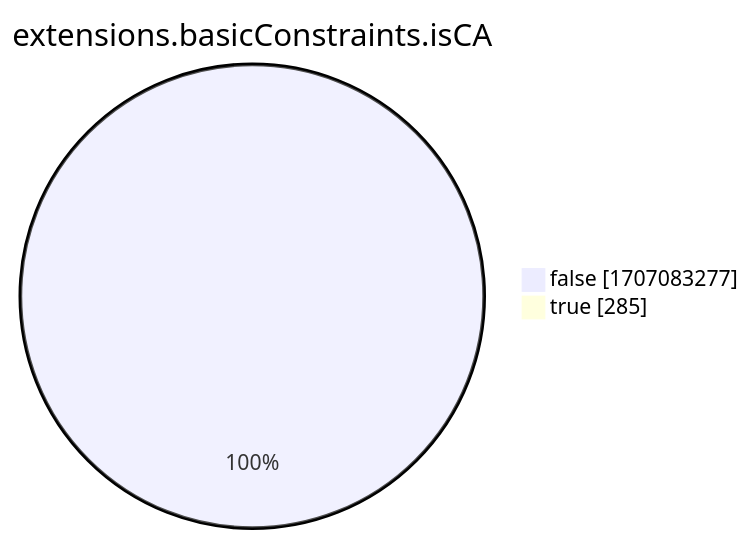
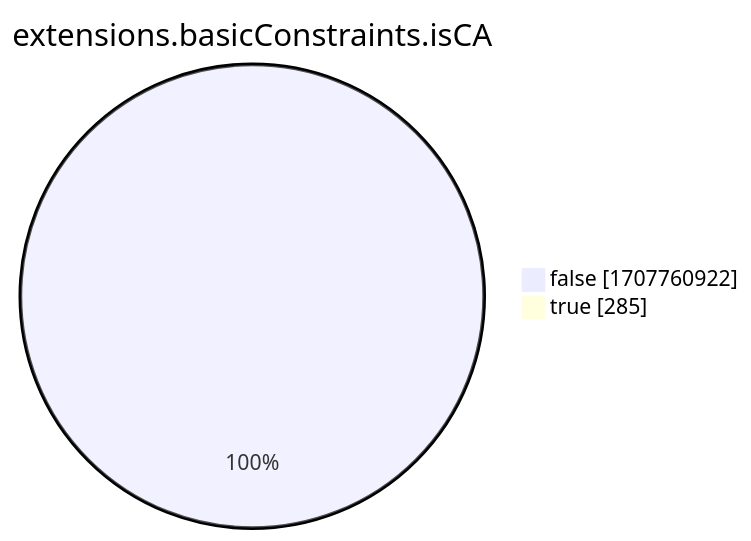
One commit to christiankrug/ctmonitor_visualization changed the eighth of 15 diagrams in xenon2022/README.md. Above: the diagram before and after it, drawn with Mermaid. The commit also changed other lines of this file, not shown here.

````diff
--- a/xenon2022/README.md
+++ b/xenon2022/README.md
@@ -2865,6 +2865,6 @@
 ```mermaid
 pie showData
 title extensions.basicConstraints.isCA
-"false" :1707083277
+"false" :1707760922
 "true" :285
 ```
````
